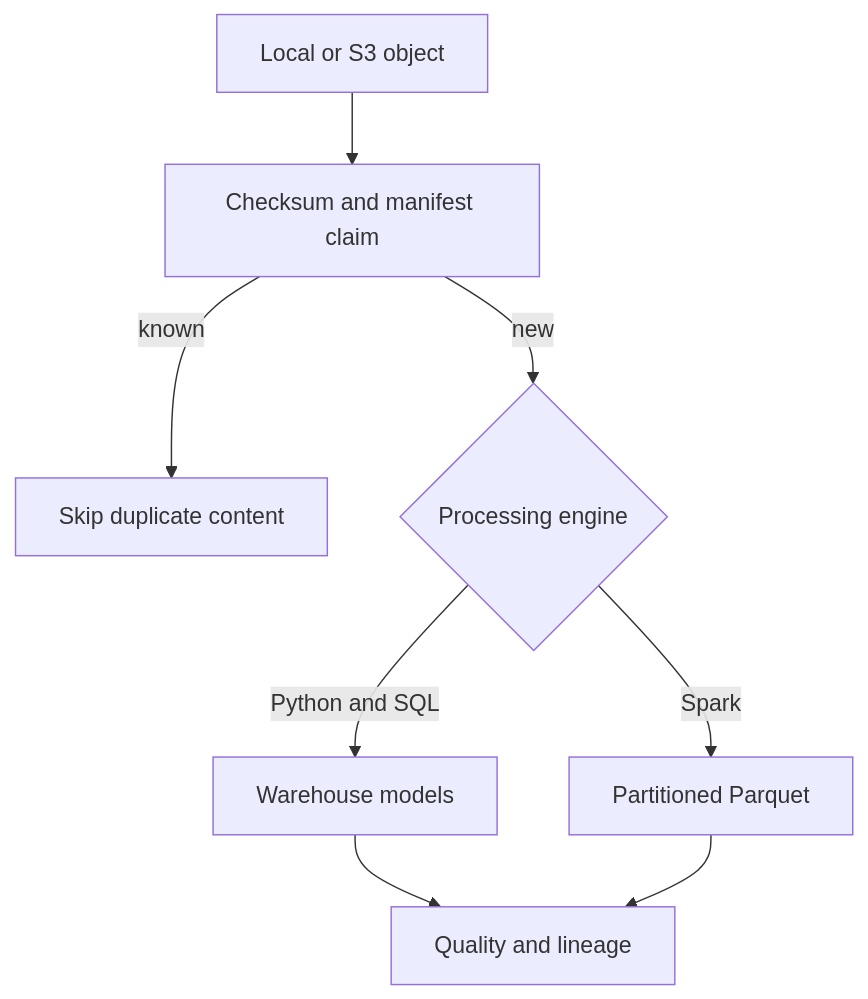
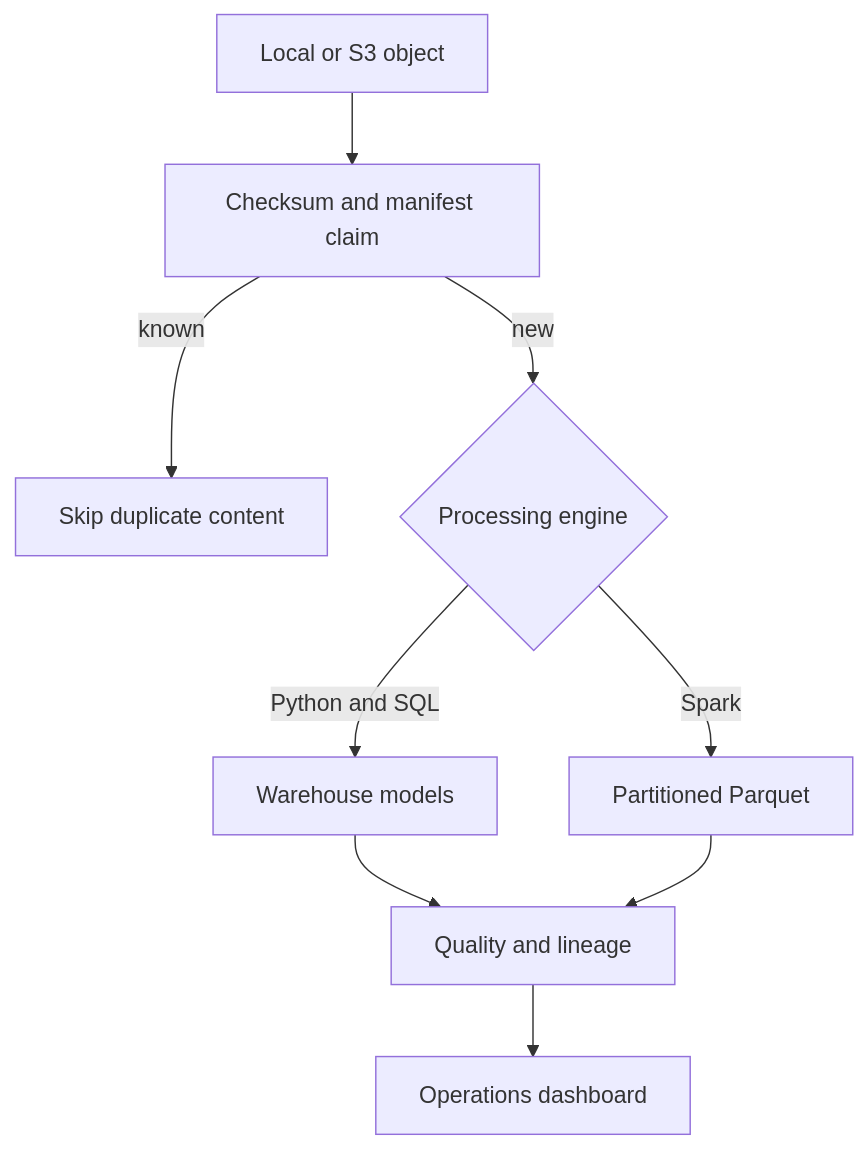
Before and after one commit to kdgmax/production-data-platform: the diagram in README.md, drawn with Mermaid. The commit also changed other lines of this file and 7 other files, not shown here.

````diff
--- a/README.md
+++ b/README.md
@@ -41,10 +42,11 @@
 ```mermaid
 flowchart TD
     A["Local or S3 object"] --> B["Checksum and manifest claim"]
     B -->|known| C["Skip duplicate content"]
     B -->|new| D{"Processing engine"}
     D -->|Python and SQL| E["Warehouse models"]
     D -->|Spark| F["Partitioned Parquet"]
     E --> G["Quality and lineage"]
     F --> G
+    G --> H["Operations dashboard"]
 ```
````
